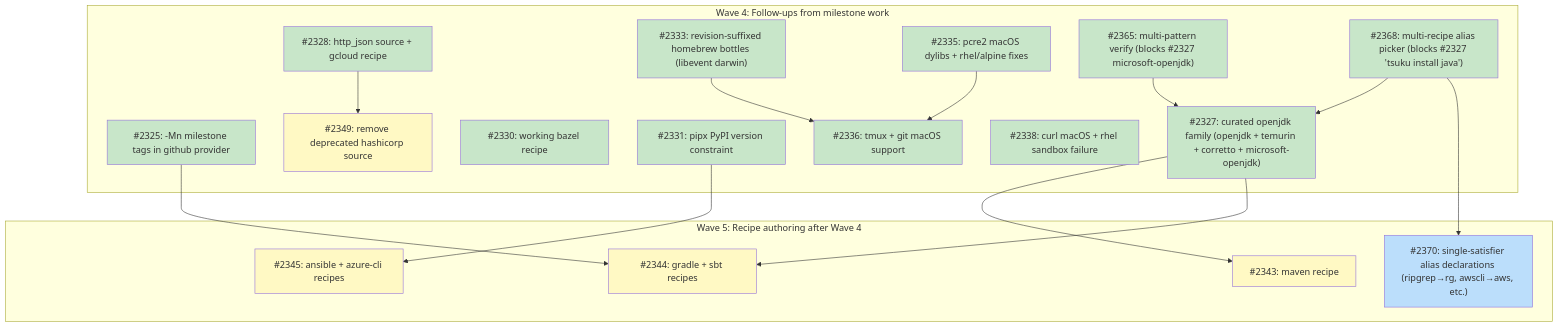
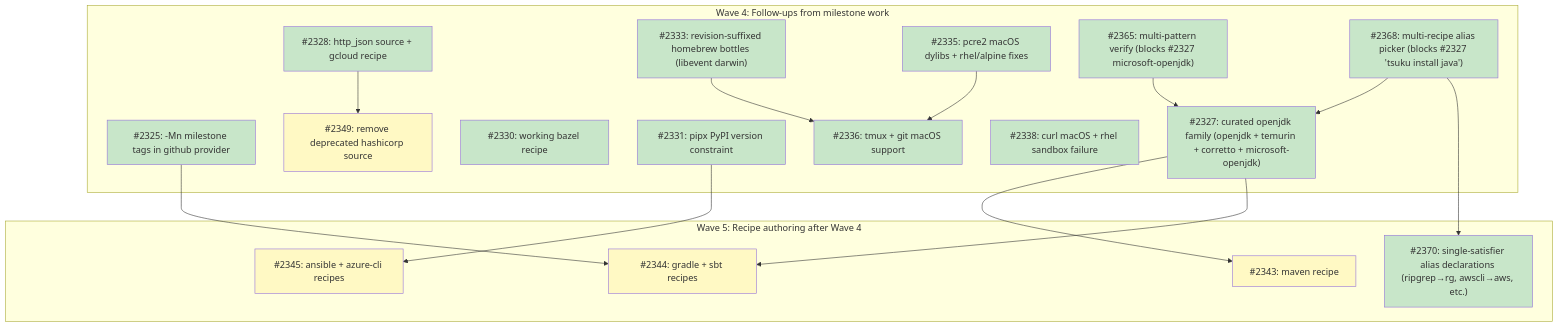
One commit to tsukumogami/tsuku changed the diagram in docs/plans/PLAN-curated-recipes.md. Above: the diagram before and after it, drawn with Mermaid. The commit also changed other lines of this file and 18 other files, not shown here.

````diff
--- a/docs/plans/PLAN-curated-recipes.md
+++ b/docs/plans/PLAN-curated-recipes.md
@@ -146,50 +146,49 @@
 ```mermaid
 graph TD
     subgraph wave4 ["Wave 4: Follow-ups from milestone work"]
         I2325["#2325: -Mn milestone tags in github provider"]
         I2327["#2327: curated openjdk family (openjdk + temurin + corretto + microsoft-openjdk)"]
         I2328["#2328: http_json source + gcloud recipe"]
         I2330["#2330: working bazel recipe"]
         I2331["#2331: pipx PyPI version constraint"]
         I2333["#2333: revision-suffixed homebrew bottles (libevent darwin)"]
         I2335["#2335: pcre2 macOS dylibs + rhel/alpine fixes"]
         I2336["#2336: tmux + git macOS support"]
         I2338["#2338: curl macOS + rhel sandbox failure"]
         I2349["#2349: remove deprecated hashicorp source"]
         I2365["#2365: multi-pattern verify (blocks #2327 microsoft-openjdk)"]
         I2368["#2368: multi-recipe alias picker (blocks #2327 'tsuku install java')"]
     end
 
     subgraph wave5 ["Wave 5: Recipe authoring after Wave 4"]
         I2343["#2343: maven recipe"]
         I2344["#2344: gradle + sbt recipes"]
         I2345["#2345: ansible + azure-cli recipes"]
         I2370["#2370: single-satisfier alias declarations (ripgrep→rg, awscli→aws, etc.)"]
     end
 
     I2333 --> I2336
     I2335 --> I2336
 
     I2365 --> I2327
     I2368 --> I2327
     I2327 --> I2343
     I2325 --> I2344
     I2327 --> I2344
     I2331 --> I2345
     I2328 --> I2349
     I2368 --> I2370
 
     classDef done fill:#c8e6c9
     classDef ready fill:#bbdefb
     classDef blocked fill:#fff9c4
     classDef needsDesign fill:#e1bee7
     classDef needsPrd fill:#b3e5fc
     classDef needsSpike fill:#ffcdd2
     classDef needsDecision fill:#d1c4e9
     classDef tracksDesign fill:#FFE0B2,stroke:#F57C00,color:#000
     classDef tracksPlan fill:#FFE0B2,stroke:#F57C00,color:#000
 
-    class I2325,I2327,I2328,I2330,I2331,I2333,I2335,I2336,I2338,I2365,I2368 done
-    class I2370 ready
+    class I2325,I2327,I2328,I2330,I2331,I2333,I2335,I2336,I2338,I2365,I2368,I2370 done
     class I2343,I2344,I2345,I2349 blocked
 ```
````
